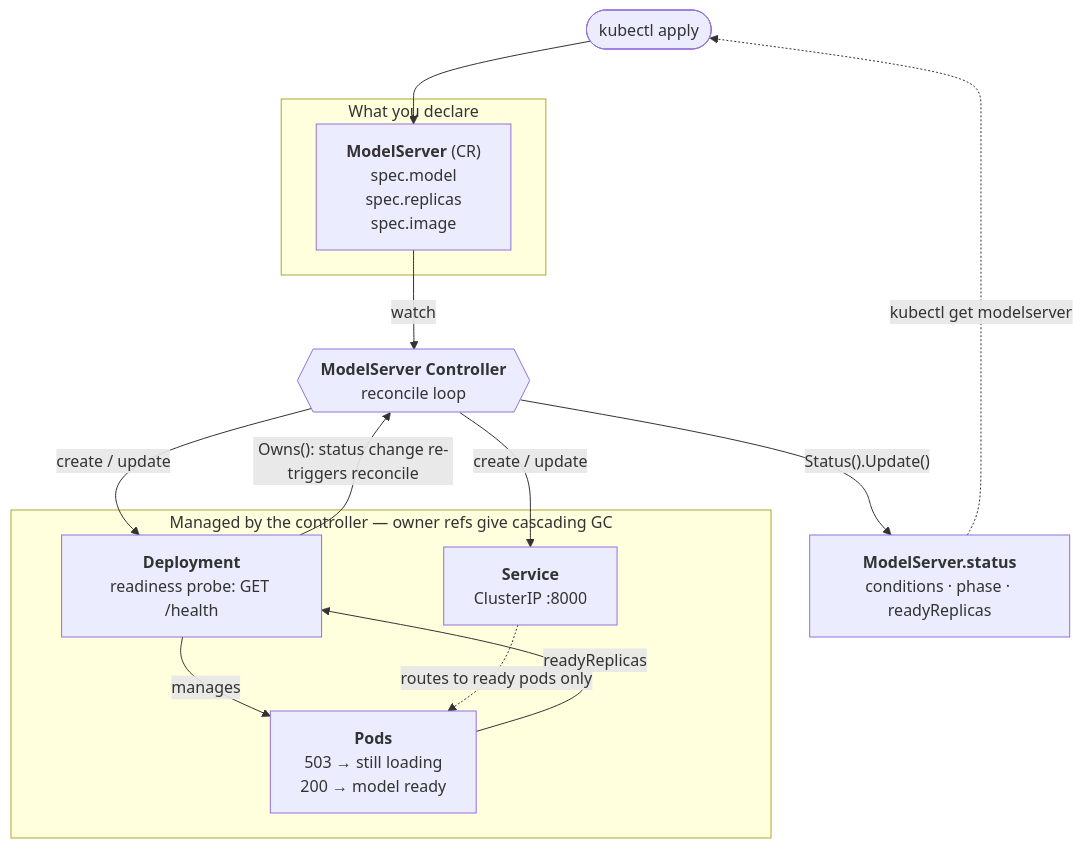
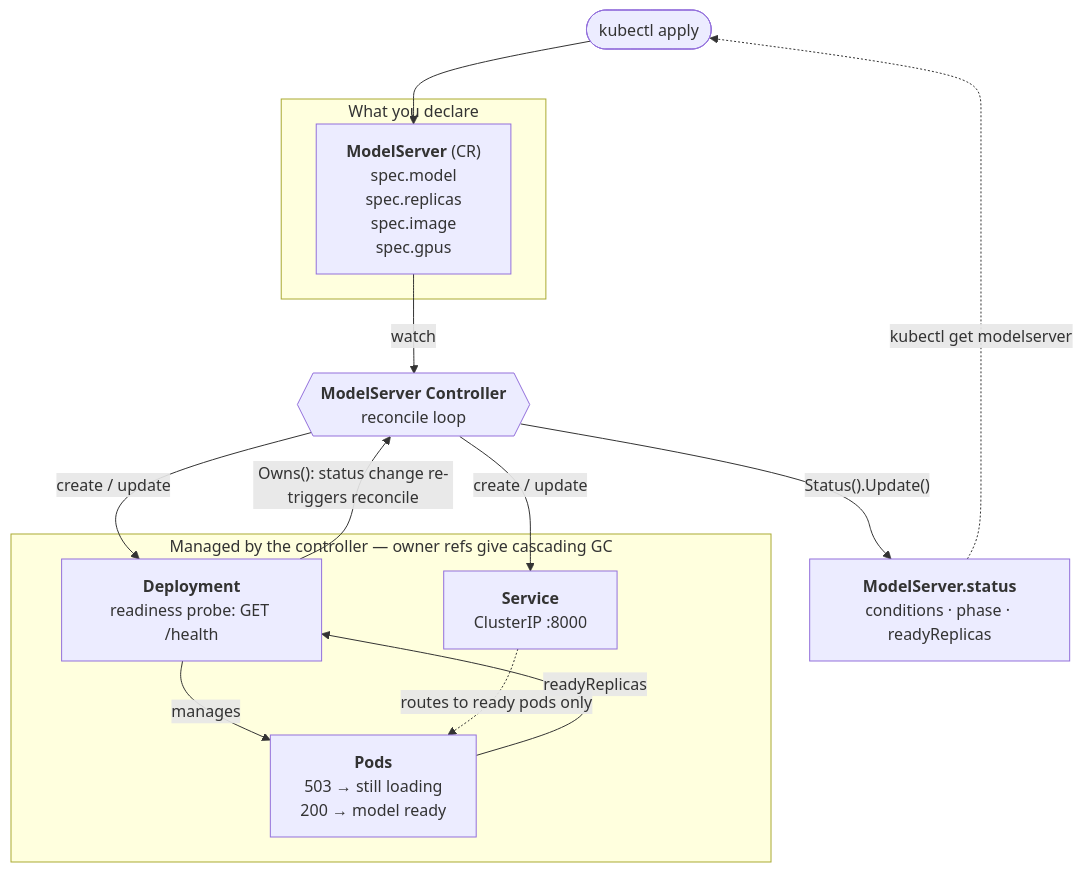
The diagram in README.md (fanzhangg/nano-kube-llm-server), drawn with Mermaid before and after one commit. The commit also changed other lines of this file, not shown here.

````diff
--- a/README.md
+++ b/README.md
@@ -21,29 +21,29 @@
 ```mermaid
 flowchart TD
     user(["kubectl apply"])
 
     subgraph declared["What you declare"]
-        cr["<b>ModelServer</b> (CR)<br/>spec.model<br/>spec.replicas<br/>spec.image"]
+        cr["<b>ModelServer</b> (CR)<br/>spec.model<br/>spec.replicas<br/>spec.image<br/>spec.gpus"]
     end
 
     ctrl{{"<b>ModelServer Controller</b><br/>reconcile loop"}}
 
     subgraph managed["Managed by the controller — owner refs give cascading GC"]
         dep["<b>Deployment</b><br/>readiness probe: GET /health"]
         svc["<b>Service</b><br/>ClusterIP :8000"]
         pods["<b>Pods</b><br/>503 → still loading<br/>200 → model ready"]
     end
 
     status["<b>ModelServer.status</b><br/>conditions · phase · readyReplicas"]
 
     user --> cr
     cr -->|watch| ctrl
     ctrl -->|create / update| dep
     ctrl -->|create / update| svc
     dep -->|manages| pods
     svc -.->|routes to ready pods only| pods
     pods -->|readyReplicas| dep
     dep -->|"Owns(): status change re-triggers reconcile"| ctrl
     ctrl -->|"Status().Update()"| status
     status -.->|kubectl get modelserver| user
 ```
````
